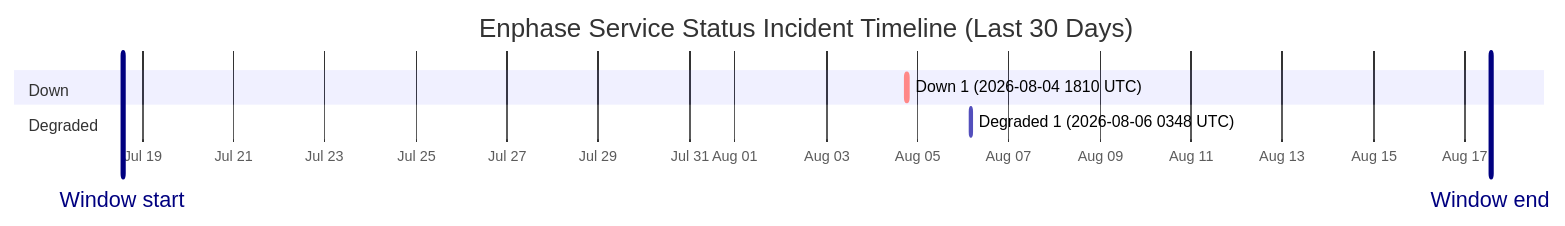
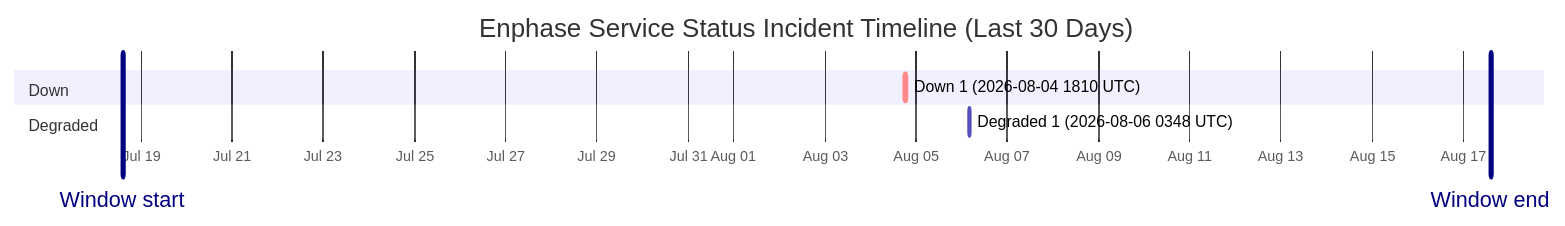
The diagram in wiki/Service-Status-History.md (barneyonline/ha-enphase-energy), drawn with Mermaid before and after one commit. The commit also changed other lines of this file and 3 other files, not shown here.

````diff
--- a/wiki/Service-Status-History.md
+++ b/wiki/Service-Status-History.md
@@ -14,12 +14,12 @@
 ```mermaid
 gantt
     title Enphase Service Status Incident Timeline (Last 30 Days)
     dateFormat  YYYY-MM-DDTHH:mm:ss
     axisFormat  %b %d
-    Window start :vert, window-start, 2026-07-18T13:37:33, 0ms
-    Window end :vert, window-end, 2026-08-17T13:37:33, 0ms
+    Window start :vert, window-start, 2026-07-18T14:25:29, 0ms
+    Window end :vert, window-end, 2026-08-17T14:25:29, 0ms
     section Down
     Down 1 (2026-08-04 1810 UTC) :crit, down-1, 2026-08-04T18:10:46, 60m
     section Degraded
     Degraded 1 (2026-08-06 0348 UTC) :active, degraded-1, 2026-08-06T03:48:14, 60m
 ```
````
